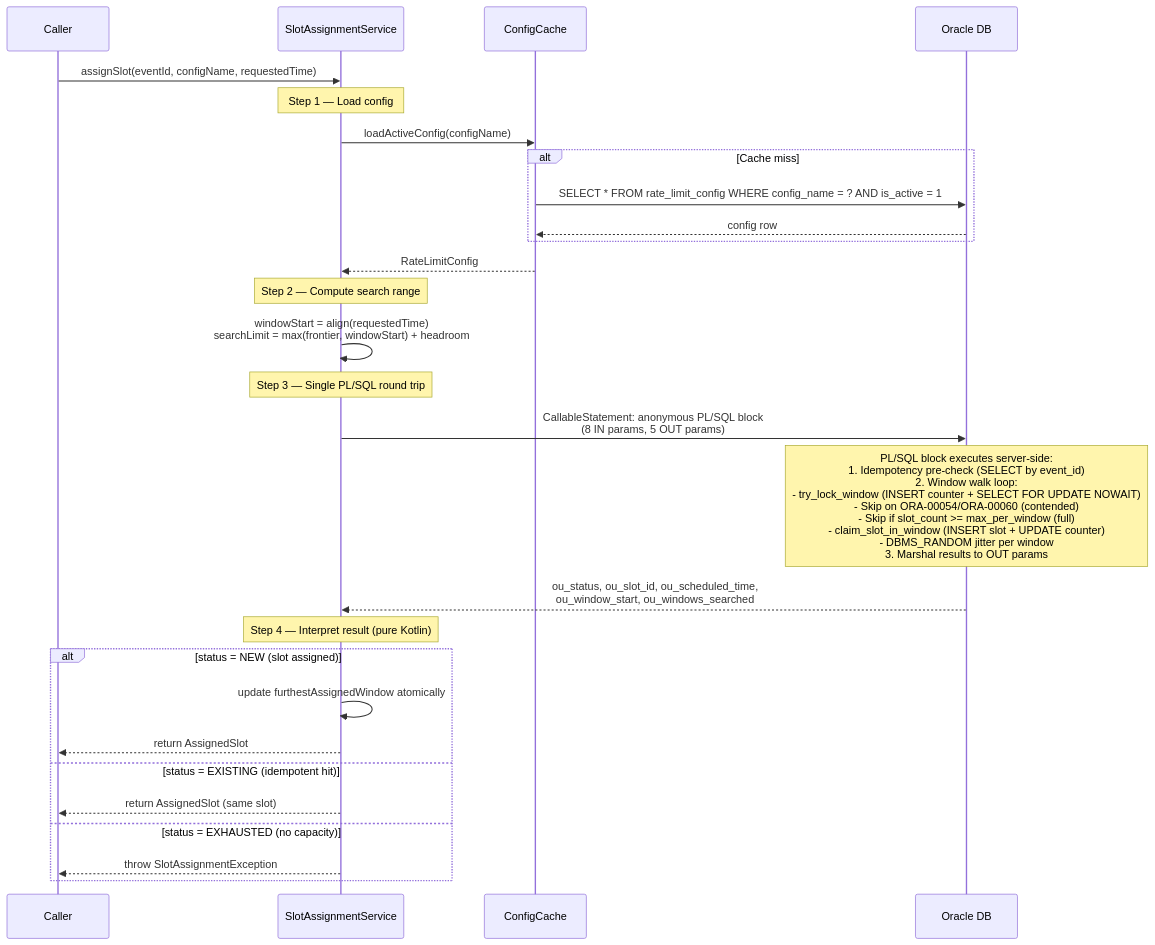
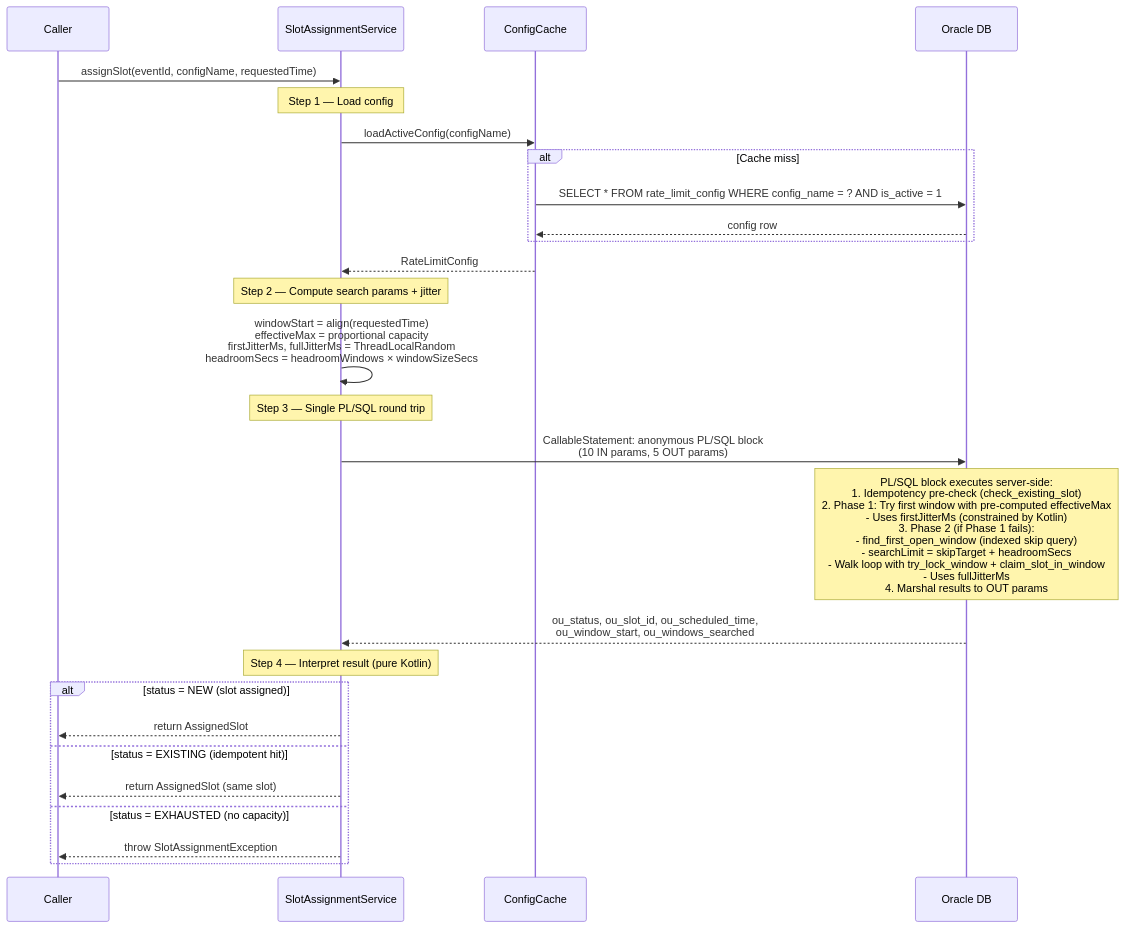
One commit to arunav-bhattacharya/rate-limiter changed the first of 2 diagrams in README.md. Above: the diagram before and after it, drawn with Mermaid. The commit also changed other lines of this file and 7 other files, not shown here.

Commit message:
Refactor: Introduce status column in rate_limit_window_counter for window capacity management and enhance PL/SQL logic with proportional first-window capacity and skip query for improved performance

````diff
--- a/README.md
+++ b/README.md
@@ -224,37 +261,36 @@
 ```mermaid
 sequenceDiagram
     participant Caller
     participant SAS as SlotAssignmentService
     participant Cache as ConfigCache
     participant DB as Oracle DB
 
     Caller->>SAS: assignSlot(eventId, configName, requestedTime)
 
     Note over SAS: Step 1 — Load config
     SAS->>Cache: loadActiveConfig(configName)
     alt Cache miss
         Cache->>DB: SELECT * FROM rate_limit_config WHERE config_name = ? AND is_active = 1
         DB-->>Cache: config row
     end
     Cache-->>SAS: RateLimitConfig
 
-    Note over SAS: Step 2 — Compute search range
-    SAS->>SAS: windowStart = align(requestedTime)<br/>searchLimit = max(frontier, windowStart) + headroom
+    Note over SAS: Step 2 — Compute search params + jitter
+    SAS->>SAS: windowStart = align(requestedTime)<br/>effectiveMax = proportional capacity<br/>firstJitterMs, fullJitterMs = ThreadLocalRandom<br/>headroomSecs = headroomWindows × windowSizeSecs
 
     Note over SAS: Step 3 — Single PL/SQL round trip
-    SAS->>DB: CallableStatement: anonymous PL/SQL block<br/>(8 IN params, 5 OUT params)
+    SAS->>DB: CallableStatement: anonymous PL/SQL block<br/>(10 IN params, 5 OUT params)
 
-    Note over DB: PL/SQL block executes server-side:<br/>1. Idempotency pre-check (SELECT by event_id)<br/>2. Window walk loop:<br/>   - try_lock_window (INSERT counter + SELECT FOR UPDATE NOWAIT)<br/>   - Skip on ORA-00054/ORA-00060 (contended)<br/>   - Skip if slot_count >= max_per_window (full)<br/>   - claim_slot_in_window (INSERT slot + UPDATE counter)<br/>   - DBMS_RANDOM jitter per window<br/>3. Marshal results to OUT params
+    Note over DB: PL/SQL block executes server-side:<br/>1. Idempotency pre-check (check_existing_slot)<br/>2. Phase 1: Try first window with pre-computed effectiveMax<br/>   - Uses firstJitterMs (constrained by Kotlin)<br/>3. Phase 2 (if Phase 1 fails):<br/>   - find_first_open_window (indexed skip query)<br/>   - searchLimit = skipTarget + headroomSecs<br/>   - Walk loop with try_lock_window + claim_slot_in_window<br/>   - Uses fullJitterMs<br/>4. Marshal results to OUT params
 
     DB-->>SAS: ou_status, ou_slot_id, ou_scheduled_time,<br/>ou_window_start, ou_windows_searched
 
     Note over SAS: Step 4 — Interpret result (pure Kotlin)
     alt status = NEW (slot assigned)
-        SAS->>SAS: update furthestAssignedWindow atomically
         SAS-->>Caller: return AssignedSlot
     else status = EXISTING (idempotent hit)
         SAS-->>Caller: return AssignedSlot (same slot)
     else status = EXHAUSTED (no capacity)
         SAS-->>Caller: throw SlotAssignmentException
     end
 ```
````
